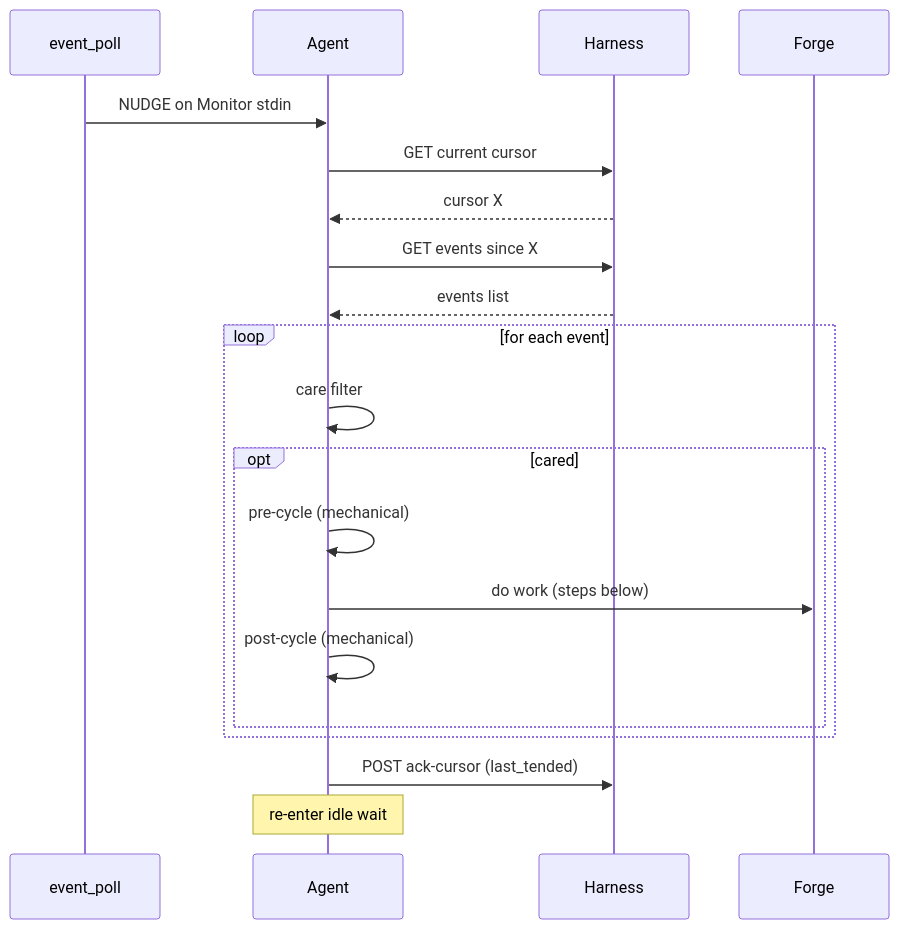
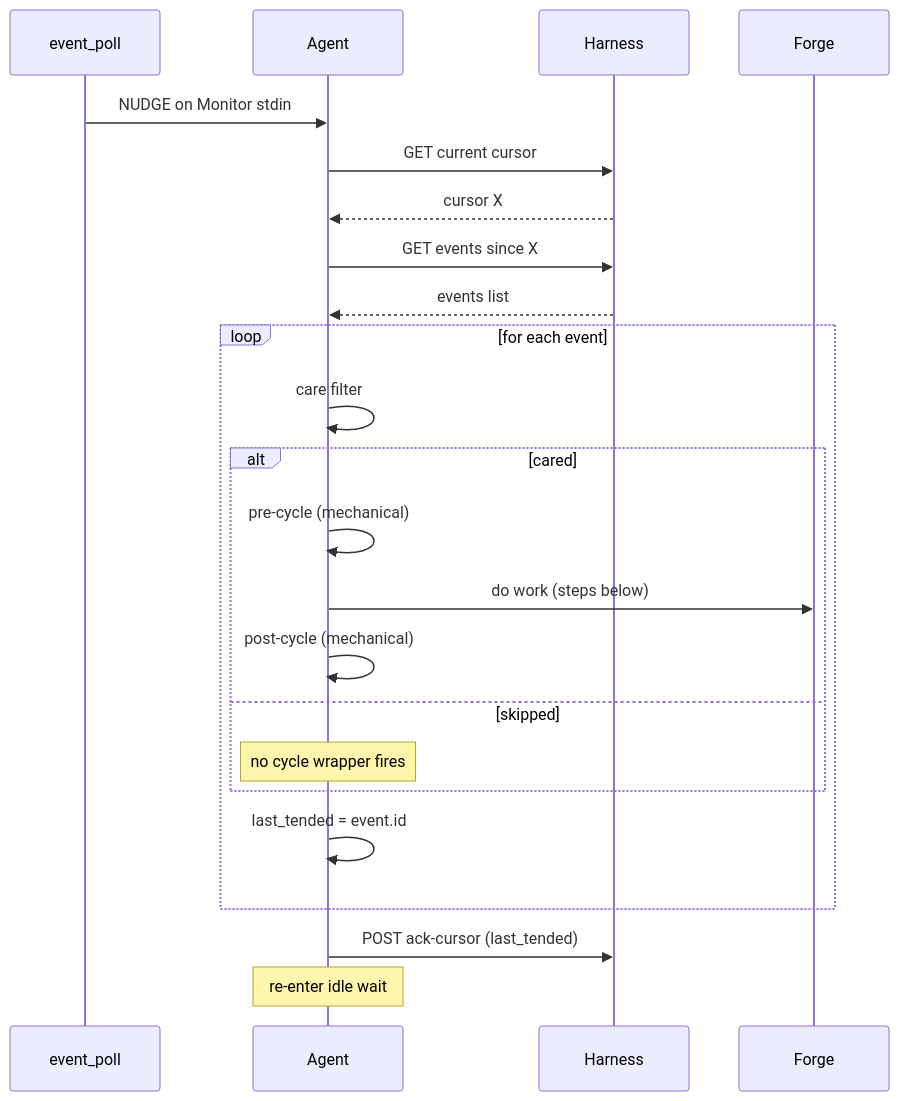
Before and after one commit to WallyDoodlez/SquidSquad: the second of 3 diagrams in .squidsquad/dm/CLAUDE.linked.md, drawn with Mermaid. The commit also changed 8 other files, not shown here.

First line of the commit message:
skill: #11144 — revert alt→opt; make both cared/skipped branches explicit in nudge diagram

````diff
--- a/.squidsquad/dm/CLAUDE.linked.md
+++ b/.squidsquad/dm/CLAUDE.linked.md
@@ -238,22 +238,25 @@
 ```mermaid
 sequenceDiagram
     participant EP as event_poll
     participant A as Agent
     participant H as Harness
     participant F as Forge
     EP->>A: NUDGE on Monitor stdin
     A->>H: GET current cursor
     H-->>A: cursor X
     A->>H: GET events since X
     H-->>A: events list
     loop for each event
         A->>A: care filter
-        opt cared
+        alt cared
             A->>A: pre-cycle (mechanical)
             A->>F: do work (steps below)
             A->>A: post-cycle (mechanical)
+        else skipped
+            Note over A: no cycle wrapper fires
         end
+        A->>A: last_tended = event.id
     end
     A->>H: POST ack-cursor (last_tended)
     Note over A: re-enter idle wait
 ```
````
